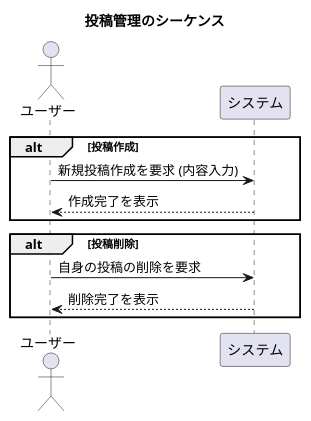
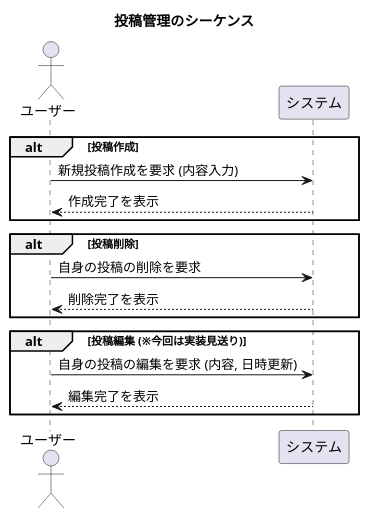
Before and after one commit to prankster-freedom/ToyBox: the fourth of 10 diagrams in doc/1.SPEC.md, drawn with PlantUML. The commit also changed other lines of this file and 10 other files, not shown here.

````diff
--- a/doc/1.SPEC.md
+++ b/doc/1.SPEC.md
@@ -180,19 +182,24 @@
 ```plantuml
 @startuml
 title 投稿管理のシーケンス
 
 actor ユーザー
 participant "システム" as System
 
 alt 投稿作成
     ユーザー -> System: 新規投稿作成を要求 (内容入力)
     System --> ユーザー: 作成完了を表示
 end
 
 alt 投稿削除
     ユーザー -> System: 自身の投稿の削除を要求
     System --> ユーザー: 削除完了を表示
 end
 
+alt 投稿編集 (※今回は実装見送り)
+    ユーザー -> System: 自身の投稿の編集を要求 (内容, 日時更新)
+    System --> ユーザー: 編集完了を表示
+end
+
 @enduml
 ```
````
